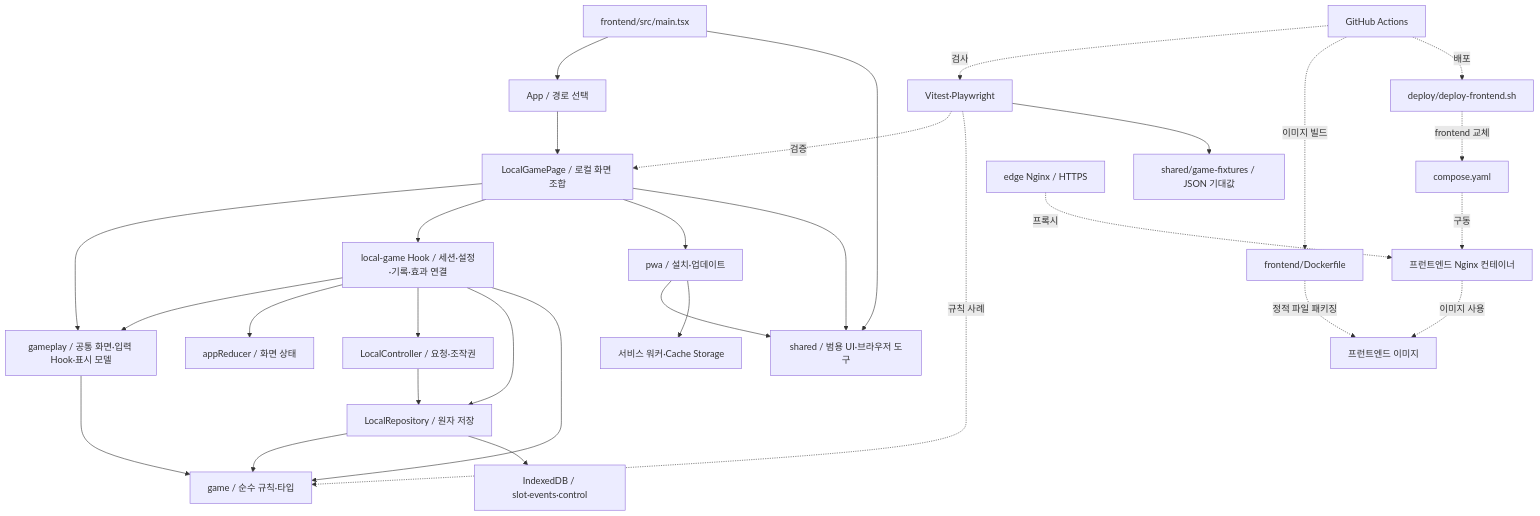
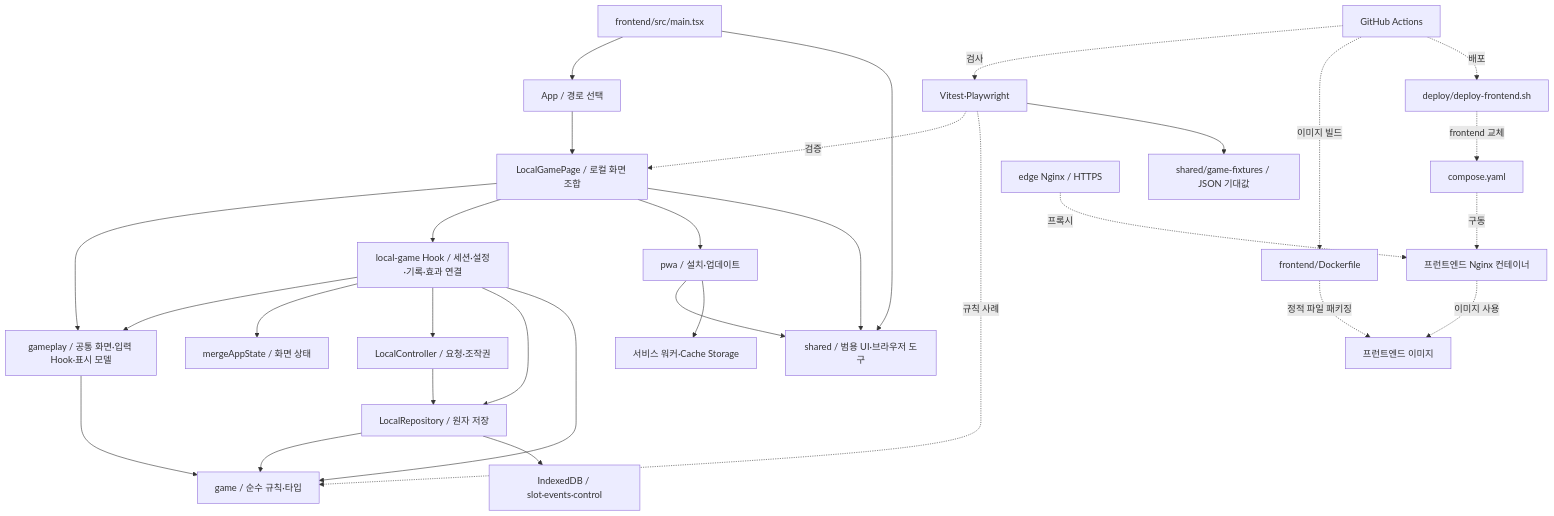
One commit to mannal2/poker-chip-manager changed the diagram in ARCHITECTURE.md. Above: the diagram before and after it, drawn with Mermaid. The commit also changed other lines of this file and 13 other files, not shown here.

````diff
--- a/ARCHITECTURE.md
+++ b/ARCHITECTURE.md
@@ -15,32 +15,32 @@
 ```mermaid
 flowchart TD
   Main["frontend/src/main.tsx"] --> App["App / 경로 선택"]
   Main --> Shared["shared / 범용 UI·브라우저 도구"]
   App --> Page["LocalGamePage / 로컬 화면 조합"]
   Page --> UI["gameplay / 공통 화면·입력 Hook·표시 모델"]
   Page --> Local["local-game Hook / 세션·설정·기록·효과 연결"]
   Page --> PWA["pwa / 설치·업데이트"]
   Page --> Shared
   PWA --> Shared
   PWA --> SW["서비스 워커·Cache Storage"]
   Local --> UI
-  Local --> State["appReducer / 화면 상태"]
+  Local --> State["mergeAppState / 화면 상태"]
   Local --> Controller["LocalController / 요청·조작권"]
   Local --> Repo["LocalRepository / 원자 저장"]
   Local --> Rules["game / 순수 규칙·타입"]
   UI --> Rules
   Controller --> Repo
   Repo --> Rules
   Repo --> DB["IndexedDB / slot·events·control"]
   Tests["Vitest·Playwright"] -. 검증 .-> Page
   Tests -. 규칙 사례 .-> Rules
   Tests --> Fixtures["shared/game-fixtures / JSON 기대값"]
   CI["GitHub Actions"] -. 검사 .-> Tests
   CI -. 이미지 빌드 .-> Docker["frontend/Dockerfile"]
   CI -. 배포 .-> Deploy["deploy/deploy-frontend.sh"]
   Deploy -. frontend 교체 .-> Compose["compose.yaml"]
   Docker -. 정적 파일 패키징 .-> Image["프런트엔드 이미지"]
   Compose -. 구동 .-> Server["프런트엔드 Nginx 컨테이너"]
   Server -. 이미지 사용 .-> Image
   Edge["edge Nginx / HTTPS"] -. 프록시 .-> Server
 ```
````
